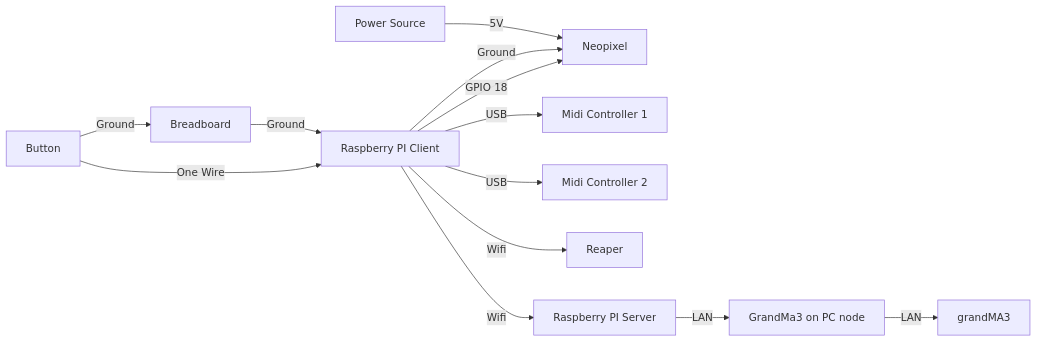
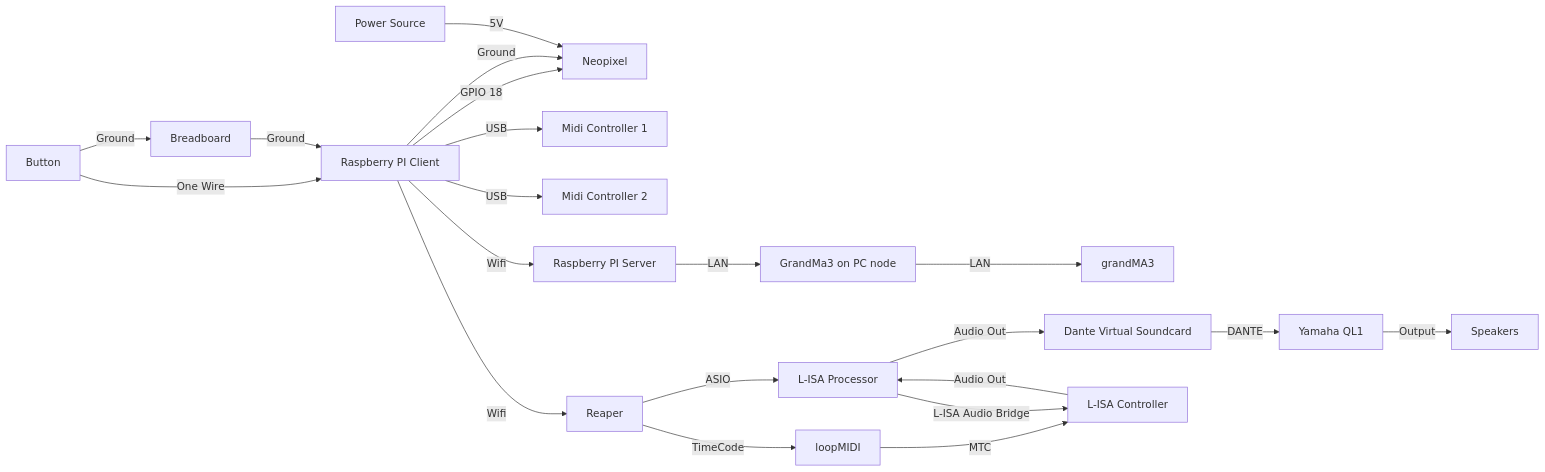
One commit to Kean-en/TeamA-Egl314 changed the diagram in README.md. Above: the diagram before and after it, drawn with Mermaid. The commit also changed other lines of this file, not shown here.

Commit message:
Refined System Diagram on Audio side

````diff
--- a/README.md
+++ b/README.md
@@ -53,27 +54,42 @@
 ```mermaid
 graph LR
 A[Button]
 B[Breadboard]
 C[Raspberry PI Client]
 D[Neopixel]
 E[Midi Controller 1]
 F[Midi Controller 2]
 G[Reaper]
 H[grandMA3]
 I[Raspberry PI Server]
 J[GrandMa3 on PC node]
+K[Dante Virtual Soundcard]
+L[L-ISA Processor]
+M[L-ISA Controller]
+N[Yamaha QL1]
+O[Speakers]
 P[Power Source]
+Q[loopMIDI]
+
 
 A --Ground--> B
 A --One Wire--> C
 B --Ground--> C
 C --GPIO 18--> D
 C --Ground--> D
 C --USB--> E
 C --USB--> F
 P --5V--> D
 C --Wifi--> G
 C --Wifi--> I
 I --LAN--> J
 J --LAN--> H
+G --ASIO--> L
+G --TimeCode--> Q
+Q --MTC--> M
+L --L-ISA Audio Bridge--> M
+M --Audio Out--> L
+L --Audio Out--> K
+K --DANTE--> N
+N --Output--> O
 ```
````
